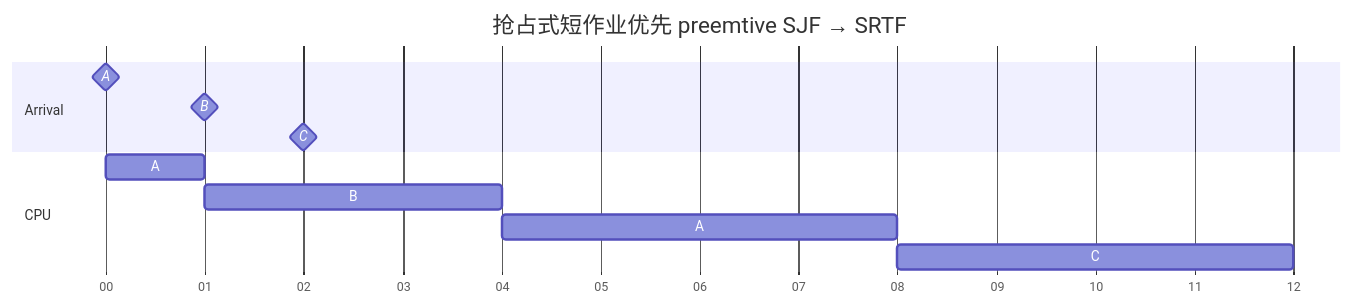
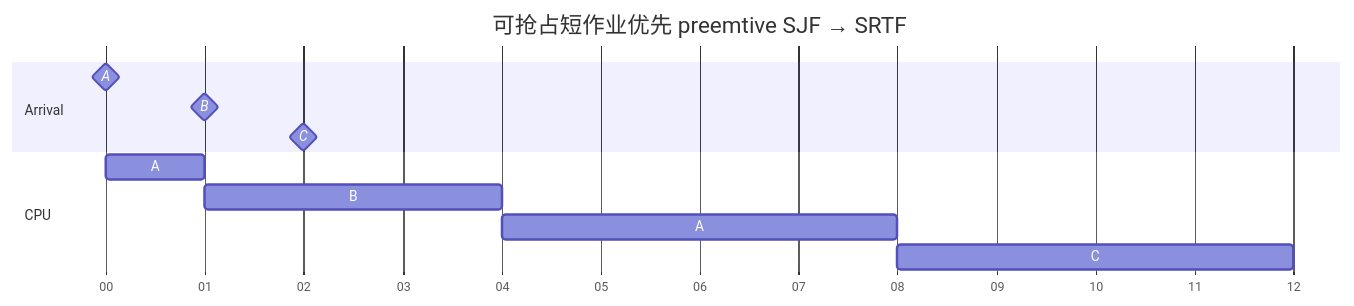
The sixth of 7 diagrams in C3-Scheduling/readme.md (XuelongSun/os2026), drawn with Mermaid before and after one commit. The commit also changed other lines of this file and 9 other files, not shown here.

````diff
--- a/C3-Scheduling/readme.md
+++ b/C3-Scheduling/readme.md
@@ -191,17 +239,17 @@
 ```mermaid
 gantt
-    title 抢占式短作业优先 preemtive SJF → SRTF
+    title 可抢占短作业优先 preemtive SJF → SRTF
     dateFormat YYYY-MM-DD HH:mm
     axisFormat %M
 
     section Arrival
     A  : milestone, a1, 2026-01-01 00:00, 0m
     B  : milestone, a2, 2026-01-01 00:01, 0m
     C  : milestone, a3, 2026-01-01 00:02, 0m
 
     section CPU
     A : a1, 2026-01-01 00:00, 1m
     B : b, after a1, 3m
     A : a2, after b, 4m
     C : c, after a2, 4m
 ```
````
